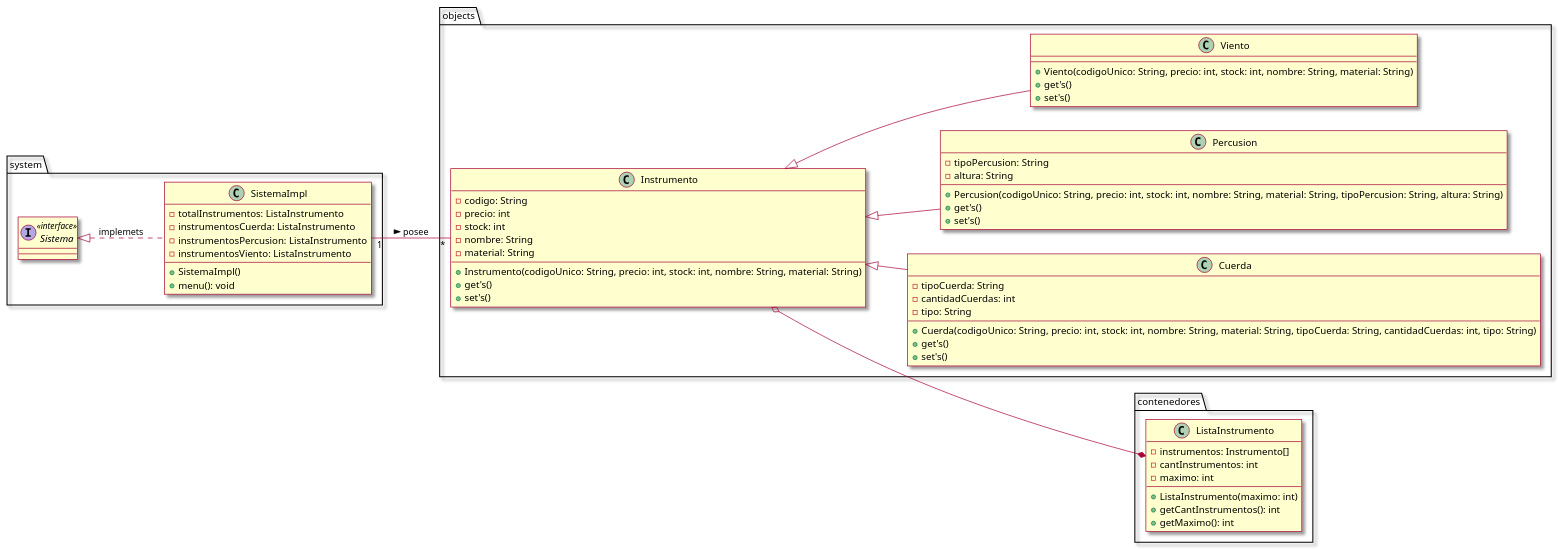
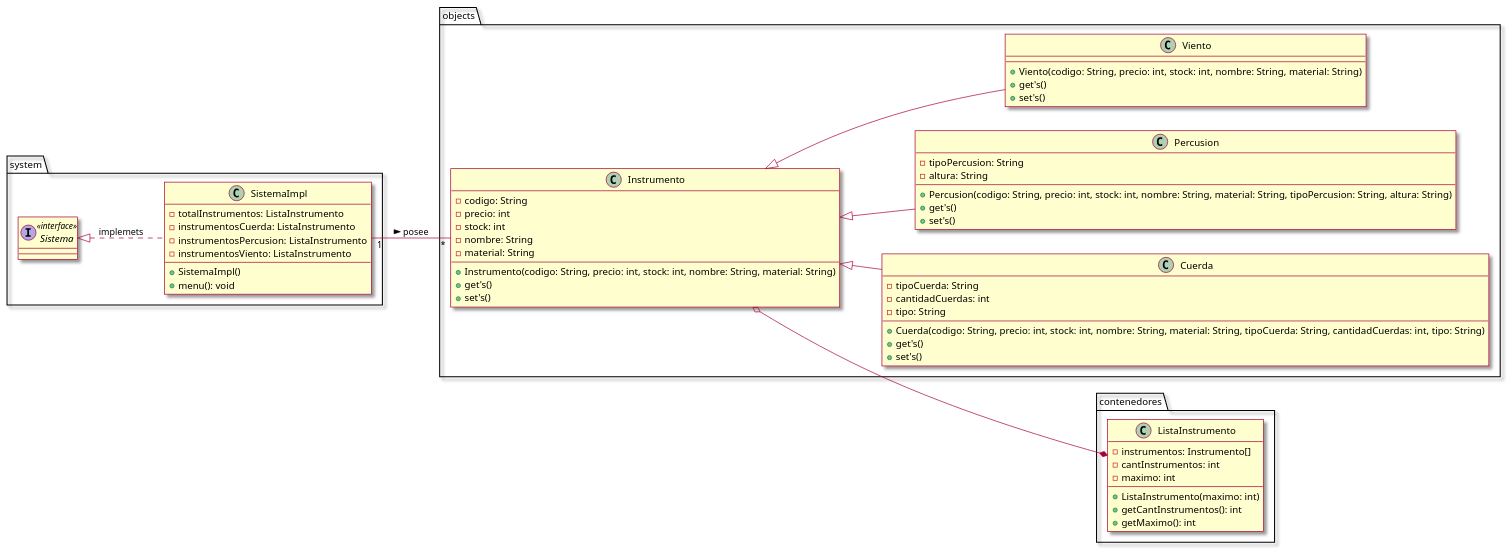
One commit to ProMDFK123/Taller3 changed the diagram in src/clase.puml. Above: the diagram before and after it, drawn with PlantUML.

Commit message:
diagrama de clases v0.1.2

```diff
--- a/src/clase.puml
+++ b/src/clase.puml
@@ -1,78 +1,78 @@
 @startuml
 left to right direction
 skin rose
 
 package objects{
     Class Instrumento{
         -codigo: String
         -precio: int
         -stock: int
         -nombre: String
         -material: String
 
-        +Instrumento(codigoUnico: String, precio: int, stock: int, nombre: String, material: String)
+        +Instrumento(codigo: String, precio: int, stock: int, nombre: String, material: String)
         +get's()
         +set's()
     }
 
     Class Cuerda{
         -tipoCuerda: String
         -cantidadCuerdas: int
         -tipo: String
 
-        +Cuerda(codigoUnico: String, precio: int, stock: int, nombre: String, material: String, tipoCuerda: String, cantidadCuerdas: int, tipo: String)
+        +Cuerda(codigo: String, precio: int, stock: int, nombre: String, material: String, tipoCuerda: String, cantidadCuerdas: int, tipo: String)
         +get's()
         +set's()
     }
 
     Class Percusion{
         -tipoPercusion: String
         -altura: String
 
-        +Percusion(codigoUnico: String, precio: int, stock: int, nombre: String, material: String, tipoPercusion: String, altura: String)
+        +Percusion(codigo: String, precio: int, stock: int, nombre: String, material: String, tipoPercusion: String, altura: String)
         +get's()
         +set's()
     }
 
     Class Viento{
-        +Viento(codigoUnico: String, precio: int, stock: int, nombre: String, material: String)
+        +Viento(codigo: String, precio: int, stock: int, nombre: String, material: String)
         +get's()
         +set's()
     }
 }
 
 Instrumento^--Cuerda
 Instrumento^--Percusion
 Instrumento^--Viento
 
 package contenedores{
     Class ListaInstrumento{
         -instrumentos: Instrumento[]
         -cantInstrumentos: int
         -maximo: int
 
         +ListaInstrumento(maximo: int)
         +getCantInstrumentos(): int
         +getMaximo(): int
     }
 }
 
 Instrumento o--* ListaInstrumento
 
 package system{
     interface Sistema <<interface>>{}
 
     Class SistemaImpl{
         -totalInstrumentos: ListaInstrumento
         -instrumentosCuerda: ListaInstrumento
         -instrumentosPercusion: ListaInstrumento
         -instrumentosViento: ListaInstrumento
 
         +SistemaImpl()
         +menu(): void
     }
 }
 
 Sistema^..SistemaImpl: implemets
 SistemaImpl"1"--"*"Instrumento:  posee >
 @enduml
```
